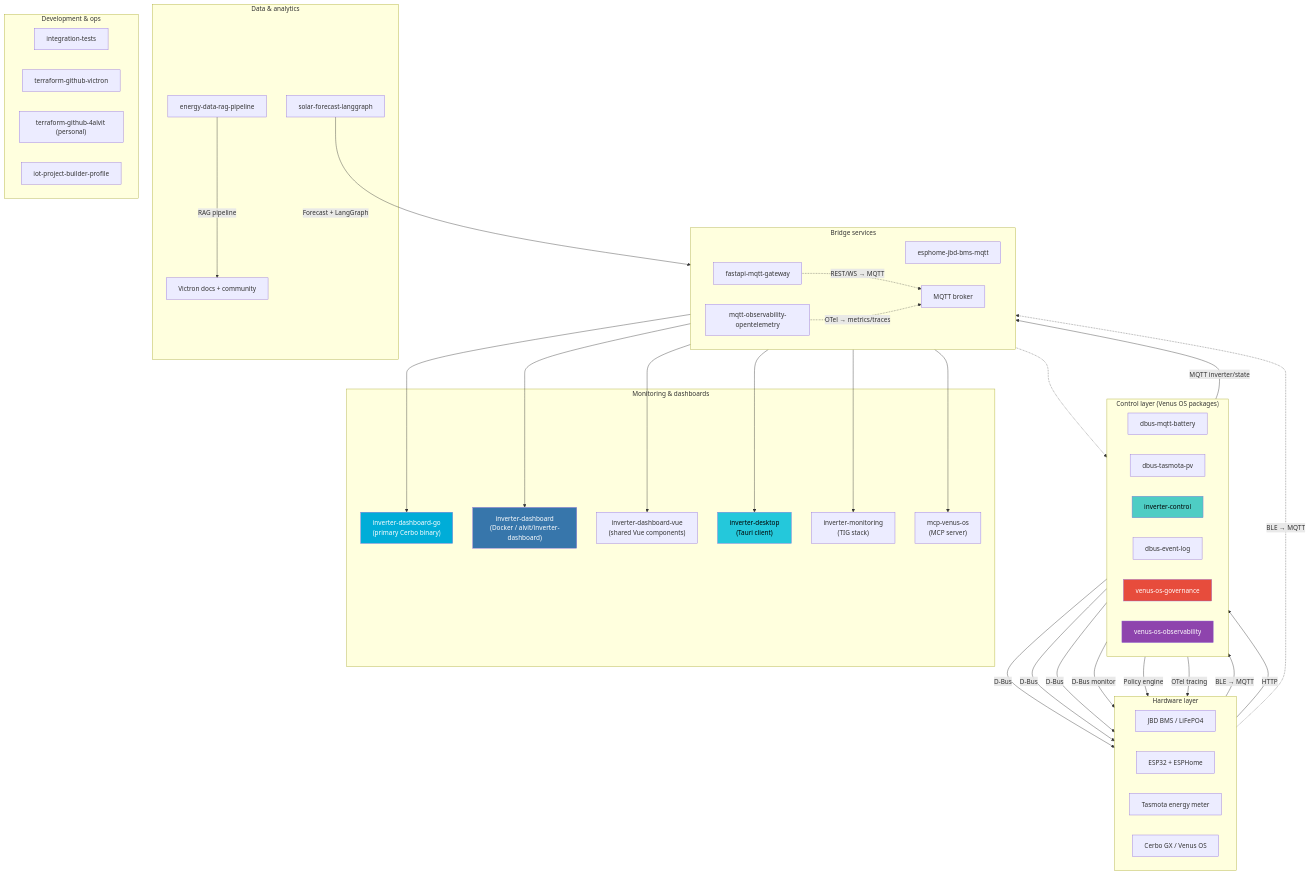
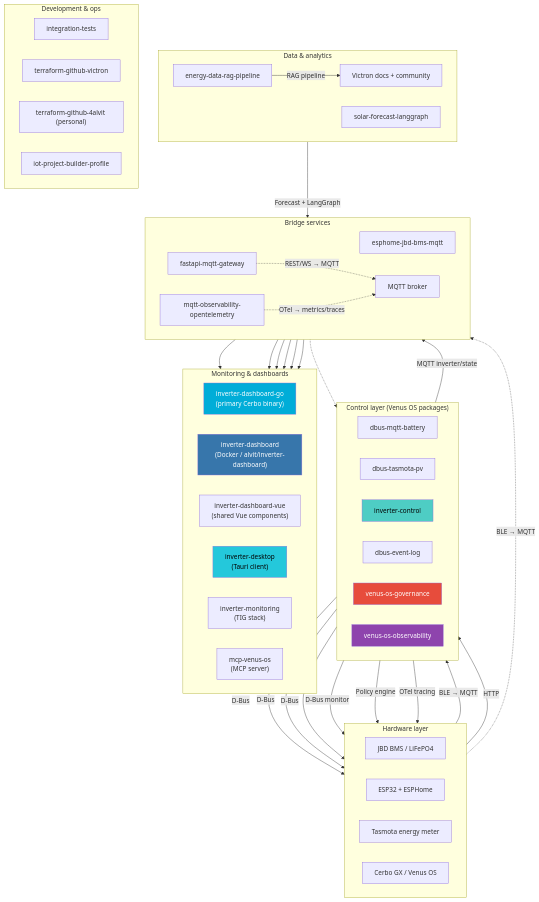
One commit to victron-venus/.github changed the diagram in profile/README.md. Above: the diagram before and after it, drawn with Mermaid.

````diff
--- a/profile/README.md
+++ b/profile/README.md
@@ -9,59 +9,62 @@
 ```mermaid
 flowchart TB
     subgraph Hardware["Hardware layer"]
         direction LR
         BMS["JBD BMS / LiFePO4"]
         ESP["ESP32 + ESPHome"]
         TAS["Tasmota energy meter"]
         CERBO["Cerbo GX / Venus OS"]
     end
 
     subgraph Control["Control layer (Venus OS packages)"]
         direction LR
         ESP -->|"BLE → MQTT"| BM["dbus-mqtt-battery"]
         TAS -->|"HTTP"| PV["dbus-tasmota-pv"]
         BM -->|"D-Bus"| CERBO
         PV -->|"D-Bus"| CERBO
         IC["inverter-control"] -->|"D-Bus"| CERBO
         EL["dbus-event-log"] -->|"D-Bus monitor"| CERBO
         GOV["venus-os-governance"] -->|"Policy engine"| CERBO
         OBS["venus-os-observability"] -->|"OTel tracing"| CERBO
     end
 
     subgraph Bridge["Bridge services"]
         direction LR
         ESP -.->|"BLE → MQTT"| ESPH["esphome-jbd-bms-mqtt"]
         ESPH -.-> BM
         FG["fastapi-mqtt-gateway"] -.->|"REST/WS → MQTT"| MQTT["MQTT broker"]
         MO["mqtt-observability-opentelemetry"] -.->|"OTel → metrics/traces"| MQTT
     end
 
     subgraph UI["Monitoring & dashboards"]
+        direction LR
         IC -->|"MQTT inverter/state"| MQTT
         MQTT --> DGO["inverter-dashboard-go\n(primary Cerbo binary)"]
         MQTT --> DPY["inverter-dashboard\n(Docker / alvit/inverter-dashboard)"]
         MQTT --> DVUE["inverter-dashboard-vue\n(shared Vue components)"]
         MQTT --> DT["inverter-desktop\n(Tauri client)"]
         MQTT --> MON["inverter-monitoring\n(TIG stack)"]
         MQTT --> MCP["mcp-venus-os\n(MCP server)"]
     end
 
     subgraph Data["Data & analytics"]
+        direction LR
         RAG["energy-data-rag-pipeline"] -->|"RAG pipeline"| DOCS["Victron docs + community"]
         SF["solar-forecast-langgraph"] -->|"Forecast + LangGraph"| MQTT
     end
 
     subgraph Dev["Development & ops"]
+        direction LR
         IT["integration-tests"]
         TFV["terraform-github-victron"]
         TF4["terraform-github-4alvit (personal)"]
         BUILD["iot-project-builder-profile"]
     end
 
     style IC fill:#4ecdc4,color:#000
     style DGO fill:#00ADD8,color:#fff
     style DPY fill:#3776ab,color:#fff
     style DT fill:#24c8db,color:#000
     style GOV fill:#e74c3c,color:#fff
     style OBS fill:#8e44ad,color:#fff
 ```
````
